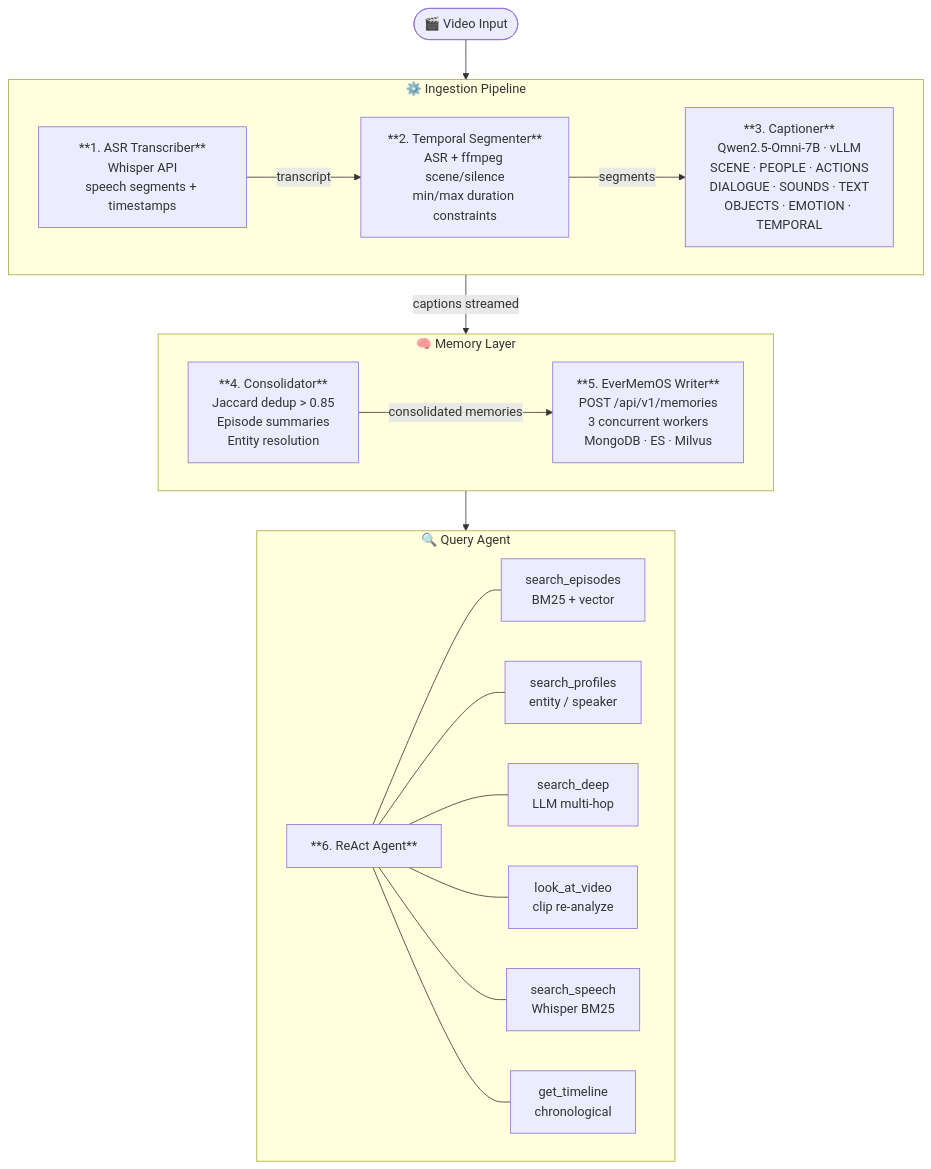
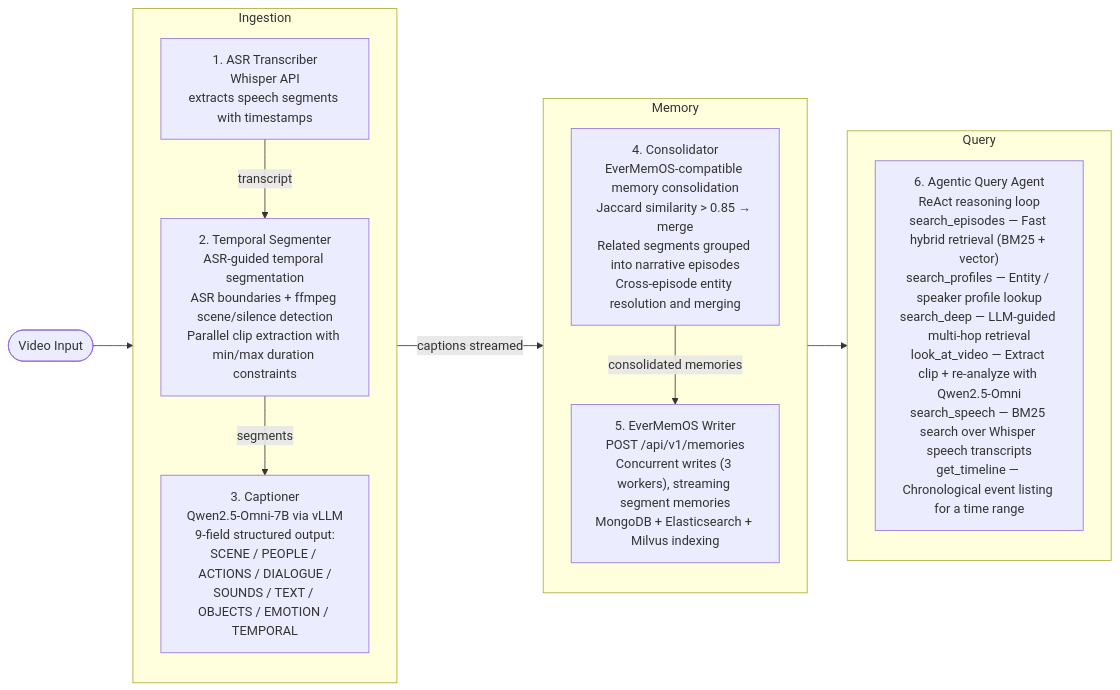
Before and after one commit to No00el/VidEngram: the diagram in README.md, drawn with Mermaid. The commit also changed other lines of this file, not shown here.

Commit message:
Revise architecture diagram and section descriptions
Updated the architecture diagram and descriptions for the ingestion pipeline, memory layer, and query agent sections in the README.

`````diff
--- a/README.md
+++ b/README.md
@@ -32,40 +33,29 @@
-```mermaid
-flowchart TD
-    V([🎬 Video Input])
+````mermaid
+flowchart LR
+    V([Video Input])
 
-    subgraph INGEST ["⚙️ Ingestion Pipeline"]
-        direction LR
-        A["**1. ASR Transcriber**\nWhisper API\nspeech segments + timestamps"]
-        B["**2. Temporal Segmenter**\nASR + ffmpeg scene/silence\nmin/max duration constraints"]
-        C["**3. Captioner**\nQwen2.5-Omni-7B · vLLM\nSCENE · PEOPLE · ACTIONS\nDIALOGUE · SOUNDS · TEXT\nOBJECTS · EMOTION · TEMPORAL"]
+    subgraph COL1 ["Ingestion"]
+        direction TB
+        A["1. ASR Transcriber\nWhisper API\nextracts speech segments with timestamps"]
+        B["2. Temporal Segmenter\nASR-guided temporal segmentation\nASR boundaries + ffmpeg scene/silence detection\nParallel clip extraction with min/max duration constraints"]
+        C["3. Captioner\nQwen2.5-Omni-7B via vLLM\n9-field structured output:\nSCENE / PEOPLE / ACTIONS / DIALOGUE /\nSOUNDS / TEXT / OBJECTS / EMOTION / TEMPORAL"]
         A -->|transcript| B
         B -->|segments| C
     end
 
-    subgraph MEMORY ["🧠 Memory Layer"]
-        direction LR
-        D["**4. Consolidator**\nJaccard dedup > 0.85\nEpisode summaries\nEntity resolution"]
-        E["**5. EverMemOS Writer**\nPOST /api/v1/memories\n3 concurrent workers\nMongoDB · ES · Milvus"]
+    subgraph COL2 ["Memory"]
+        direction TB
+        D["4. Consolidator\nEverMemOS-compatible memory consolidation\nJaccard similarity > 0.85 → merge\nRelated segments grouped into narrative episodes\nCross-episode entity resolution and merging"]
+        E["5. EverMemOS Writer\nPOST /api/v1/memories\nConcurrent writes (3 workers), streaming segment memories\nMongoDB + Elasticsearch + Milvus indexing"]
         D -->|consolidated memories| E
     end
 
-    subgraph QUERY ["🔍 Query Agent"]
-        F["**6. ReAct Agent**"]
-        F1["search_episodes\nBM25 + vector"]
-        F2["search_profiles\nentity / speaker"]
-        F3["search_deep\nLLM multi-hop"]
-        F4["look_at_video\nclip re-analyze"]
-        F5["search_speech\nWhisper BM25"]
-        F6["get_timeline\nchronological"]
-        F --- F1
-        F --- F2
-        F --- F3
-        F --- F4
-        F --- F5
-        F --- F6
+    subgraph COL3 ["Query"]
+        direction TB
+        F["6. Agentic Query Agent\nReAct reasoning loop\nsearch_episodes — Fast hybrid retrieval (BM25 + vector)\nsearch_profiles — Entity / speaker profile lookup\nsearch_deep — LLM-guided multi-hop retrieval\nlook_at_video — Extract clip + re-analyze with Qwen2.5-Omni\nsearch_speech — BM25 search over Whisper speech transcripts\nget_timeline — Chronological event listing for a time range"]
     end
 
-    V --> INGEST
+    V --> A
     C -->|captions streamed| D
-    MEMORY --> QUERY
-```
+    E --> F
+````
`````
